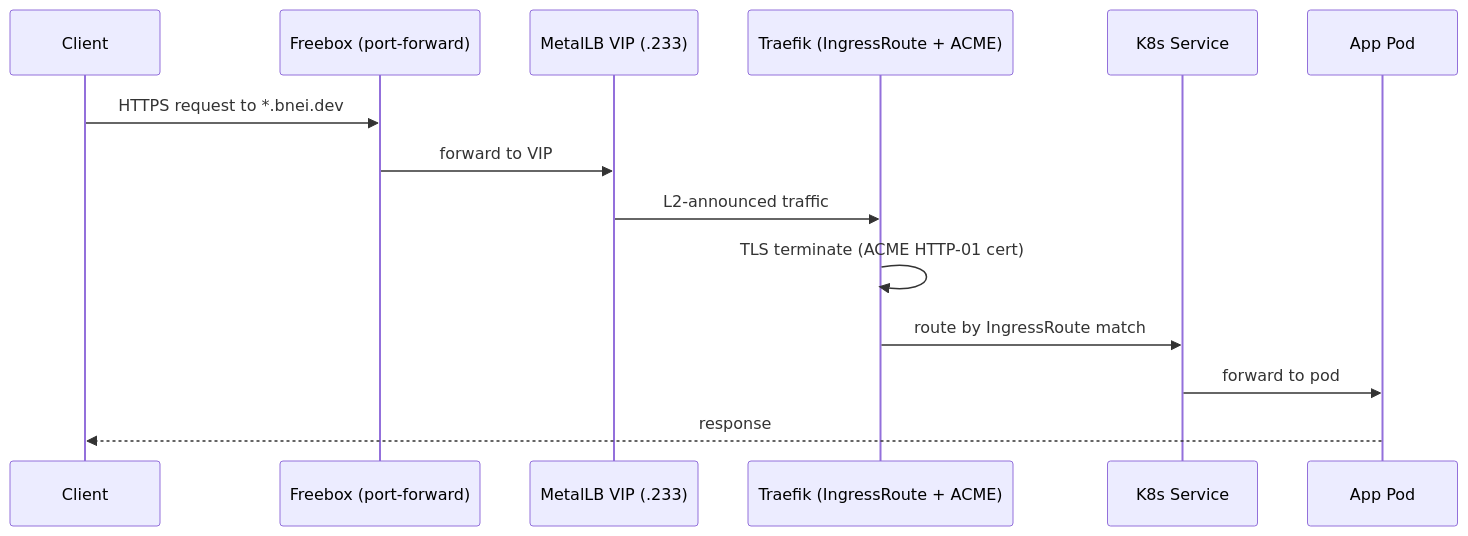
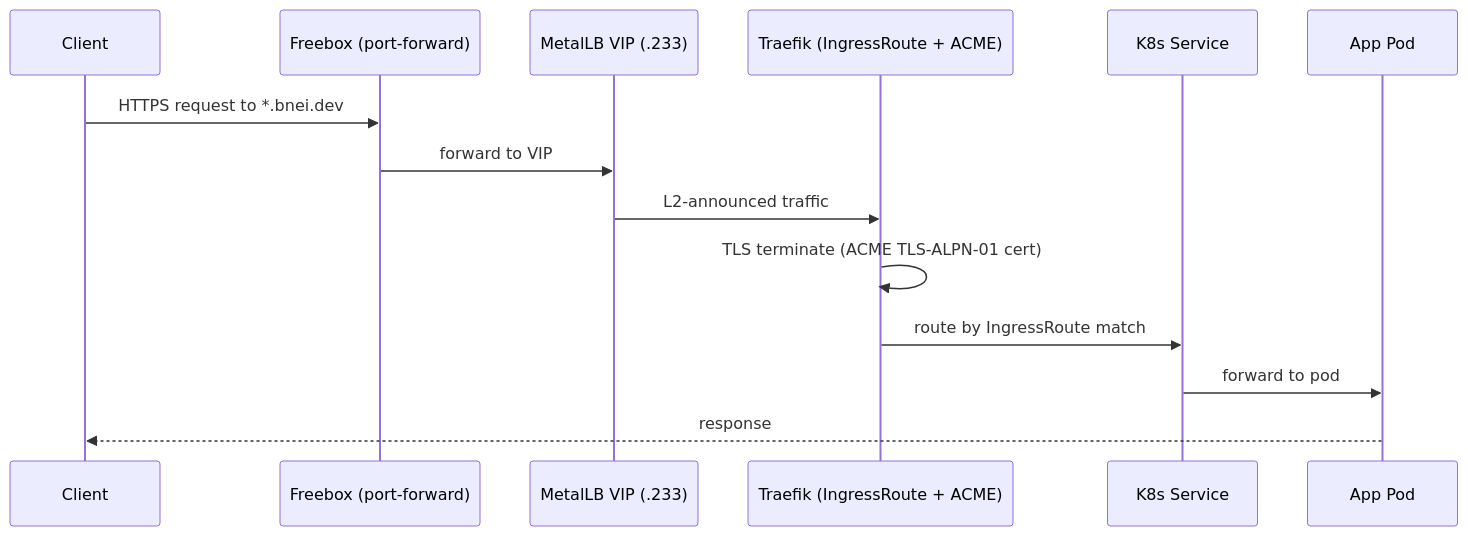
The third of 7 diagrams in ARCHITECTURE.md (MohammadBnei/infra-bootstrap), drawn with Mermaid before and after one commit. The commit also changed other lines of this file and 12 other files, not shown here.

````diff
--- a/ARCHITECTURE.md
+++ b/ARCHITECTURE.md
@@ -296,17 +335,17 @@
 ```mermaid
 sequenceDiagram
     participant C as Client
     participant FB as Freebox (port-forward)
     participant MLB as MetalLB VIP (.233)
     participant TR as Traefik (IngressRoute + ACME)
     participant SVC as K8s Service
     participant POD as App Pod
 
     C->>FB: HTTPS request to *.bnei.dev
     FB->>MLB: forward to VIP
     MLB->>TR: L2-announced traffic
-    TR->>TR: TLS terminate (ACME HTTP-01 cert)
+    TR->>TR: TLS terminate (ACME TLS-ALPN-01 cert)
     TR->>SVC: route by IngressRoute match
     SVC->>POD: forward to pod
     POD-->>C: response
 ```
````
